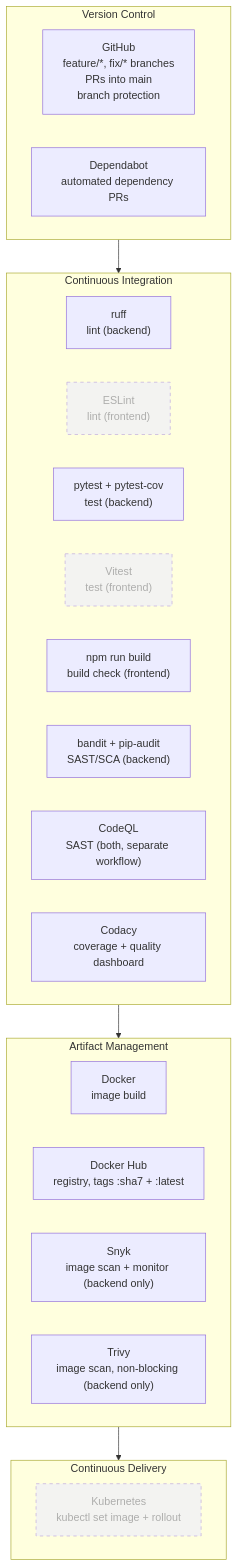
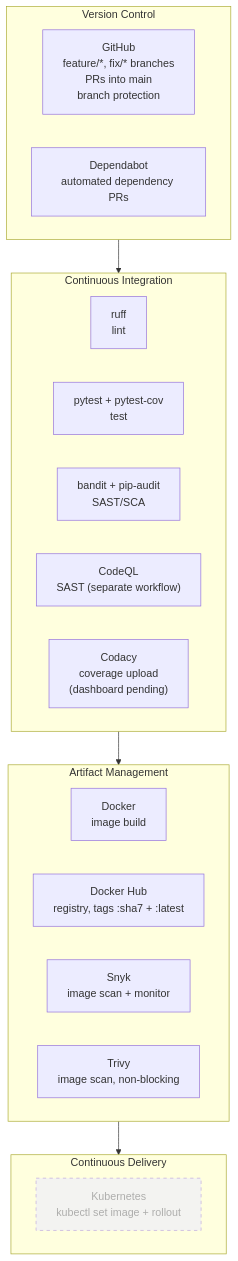
Before and after one commit to eduardopiairo/customer-code: the third of 4 diagrams in CICD-diagram.md, drawn with Mermaid. The commit also changed other lines of this file, not shown here.

Commit message:
diagram update with stages and tools

````diff
--- a/CICD-diagram.md
+++ b/CICD-diagram.md
@@ -101,37 +103,34 @@
 ```mermaid
 flowchart TD
     subgraph VC["Version Control"]
         direction LR
         GH["GitHub\nfeature/*, fix/* branches\nPRs into main\nbranch protection"]
         DB["Dependabot\nautomated dependency PRs"]
     end
 
     subgraph CI["Continuous Integration"]
         direction LR
-        Ruff["ruff\nlint (backend)"]
-        ESLint["ESLint\nlint (frontend)"]:::disabled
-        Pytest["pytest + pytest-cov\ntest (backend)"]
-        Vitest["Vitest\ntest (frontend)"]:::disabled
-        NpmBuild["npm run build\nbuild check (frontend)"]
-        Bandit["bandit + pip-audit\nSAST/SCA (backend)"]
-        CodeQL["CodeQL\nSAST (both, separate workflow)"]
-        Codacy["Codacy\ncoverage + quality dashboard"]
+        Ruff["ruff\nlint"]
+        Pytest["pytest + pytest-cov\ntest"]
+        Bandit["bandit + pip-audit\nSAST/SCA"]
+        CodeQL["CodeQL\nSAST (separate workflow)"]
+        Codacy["Codacy\ncoverage upload\n(dashboard pending)"]
     end
 
     subgraph AM["Artifact Management"]
         direction LR
         Docker["Docker\nimage build"]
         DockerHub["Docker Hub\nregistry, tags :sha7 + :latest"]
-        Snyk["Snyk\nimage scan + monitor (backend only)"]
-        Trivy["Trivy\nimage scan, non-blocking (backend only)"]
+        Snyk["Snyk\nimage scan + monitor"]
+        Trivy["Trivy\nimage scan, non-blocking"]
     end
 
     subgraph CD["Continuous Delivery"]
         direction LR
         K8s["Kubernetes\nkubectl set image + rollout"]:::disabled
     end
 
     VC --> CI --> AM --> CD
 
     classDef disabled stroke-dasharray: 5 5,opacity:0.6
 ```
````
